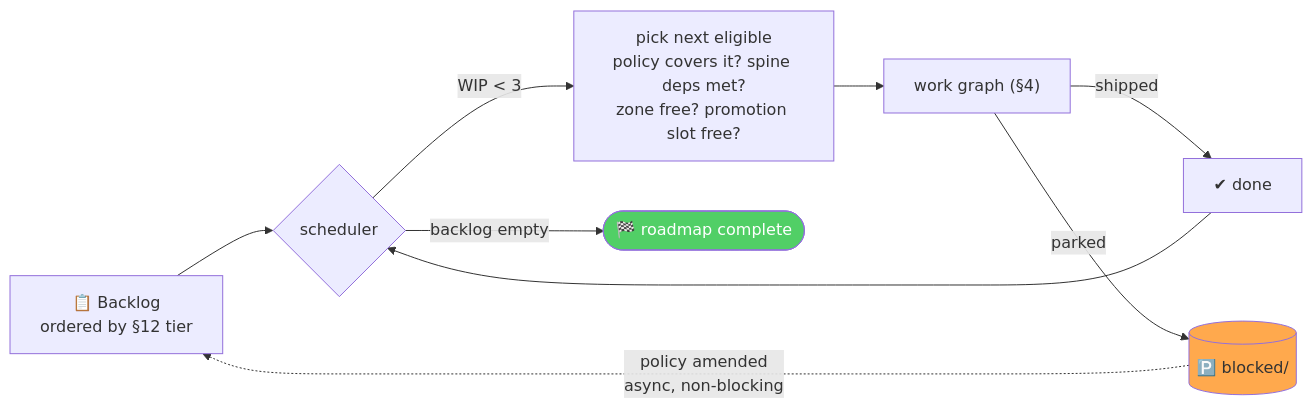
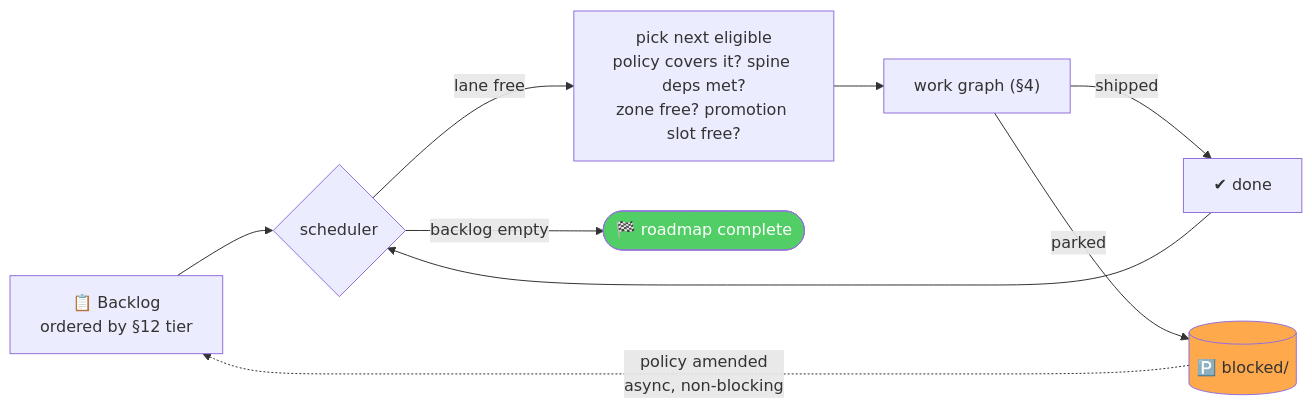
Before and after one commit to murad-asaad19/BVisionRY-be-v2: the third of 3 diagrams in docs/agent-execution-graph.md, drawn with Mermaid. The commit also changed other lines of this file and 1 other file, not shown here.

````diff
--- a/docs/agent-execution-graph.md
+++ b/docs/agent-execution-graph.md
@@ -365,13 +376,13 @@
 ```mermaid
 flowchart LR
     Q["📋 Backlog<br/>ordered by §12 tier"] --> SCHED{"scheduler"}
-    SCHED -->|"WIP < 3"| PICK["pick next eligible<br/>policy covers it? spine deps met?<br/>zone free? promotion slot free?"]
+    SCHED -->|"lane free"| PICK["pick next eligible<br/>policy covers it? spine deps met?<br/>zone free? promotion slot free?"]
     PICK --> WG["work graph (§4)"]
     WG -->|shipped| Q2["✔ done"]
     WG -->|parked| BL[("🅿️ blocked/")]
     BL -.->|"policy amended<br/>async, non-blocking"| Q
     Q2 --> SCHED
     SCHED -->|"backlog empty"| END(["🏁 roadmap complete"])
     style END fill:#51cf66,color:#fff
     style BL fill:#ffa94d
 ```
````
